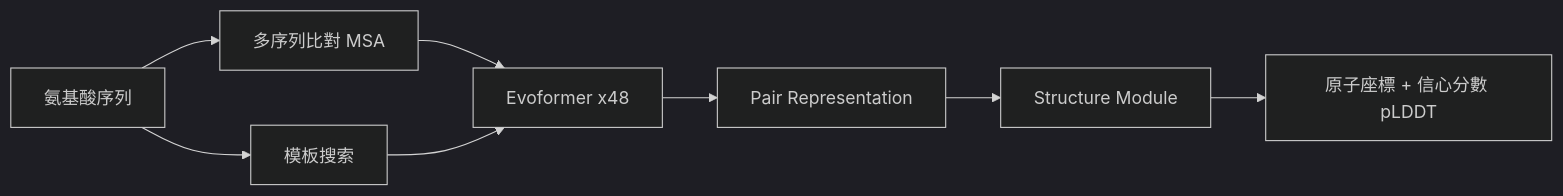
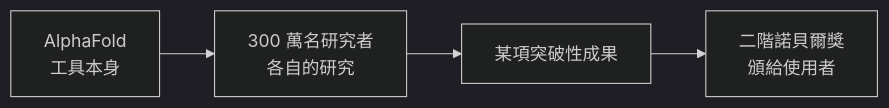
The diagram in src/content/posts/tech/2026-06-02-a-second-nobel-prize-for-alphafold-alphafold-deepmind-nobelp.md (a920604a/engineernews), drawn with Mermaid (dark theme) before and after one commit. The commit also changed other lines of this file and 468 other files, not shown here.

````diff
--- a/src/content/posts/tech/2026-06-02-a-second-nobel-prize-for-alphafold-alphafold-deepmind-nobelp.md
+++ b/src/content/posts/tech/2026-06-02-a-second-nobel-prize-for-alphafold-alphafold-deepmind-nobelp.md
@@ -43,10 +27,6 @@
 ```mermaid
 graph LR
-    A[氨基酸序列] --> B[多序列比對 MSA]
-    A --> C[模板搜索]
-    B --> D[Evoformer x48]
-    C --> D
-    D --> E[Pair Representation]
-    E --> F[Structure Module]
-    F --> G[原子座標 + 信心分數 pLDDT]
+    A[AlphaFold<br/>工具本身] --> B[300 萬名研究者<br/>各自的研究]
+    B --> C[某項突破性成果]
+    C --> D[二階諾貝爾獎<br/>頒給使用者]
 ```
````
